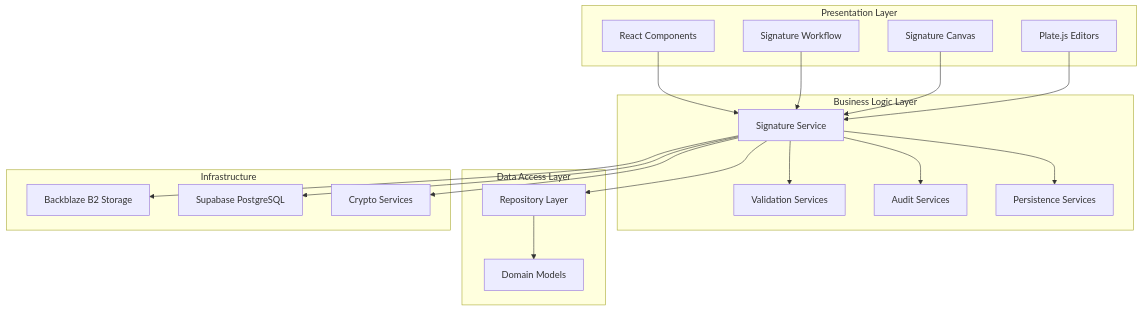
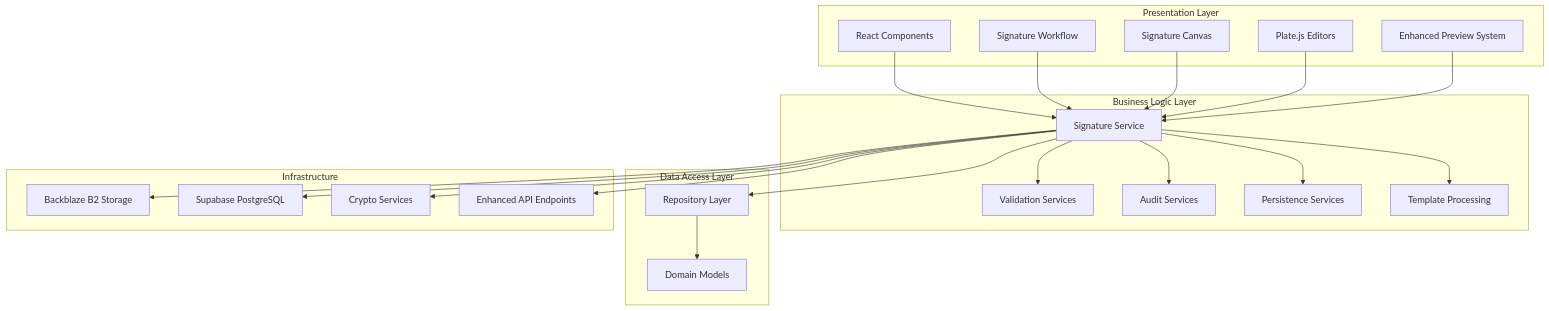
The first of 17 diagrams in .qoder/repowiki/en/content/Document Management and AI Editor/Digital Signature Workflows.md (SinesysTech/zattar-os), drawn with Mermaid before and after one commit. The commit also changed other lines of this file and 103 other files, not shown here.

````diff
--- a/.qoder/repowiki/en/content/Document Management and AI Editor/Digital Signature Workflows.md
+++ b/.qoder/repowiki/en/content/Document Management and AI Editor/Digital Signature Workflows.md
@@ -69,36 +75,42 @@
 ```mermaid
 graph TB
 subgraph "Presentation Layer"
 UI[React Components]
 Workflow[Signature Workflow]
 Canvas[Signature Canvas]
 Editor[Plate.js Editors]
+Preview[Enhanced Preview System]
 end
 subgraph "Business Logic Layer"
 Service[Signature Service]
 Validation[Validation Services]
 Audit[Audit Services]
 Persistence[Persistence Services]
+TemplateProcessing[Template Processing]
 end
 subgraph "Data Access Layer"
 Repository[Repository Layer]
 Domain[Domain Models]
 end
 subgraph "Infrastructure"
 Storage[Backblaze B2 Storage]
 Database[Supabase PostgreSQL]
 Crypto[Crypto Services]
+API[Enhanced API Endpoints]
 end
 UI --> Service
 Workflow --> Service
 Canvas --> Service
 Editor --> Service
+Preview --> Service
 Service --> Validation
 Service --> Audit
 Service --> Persistence
+Service --> TemplateProcessing
 Service --> Repository
 Repository --> Domain
 Service --> Storage
 Service --> Database
 Service --> Crypto
+Service --> API
 ```
````
